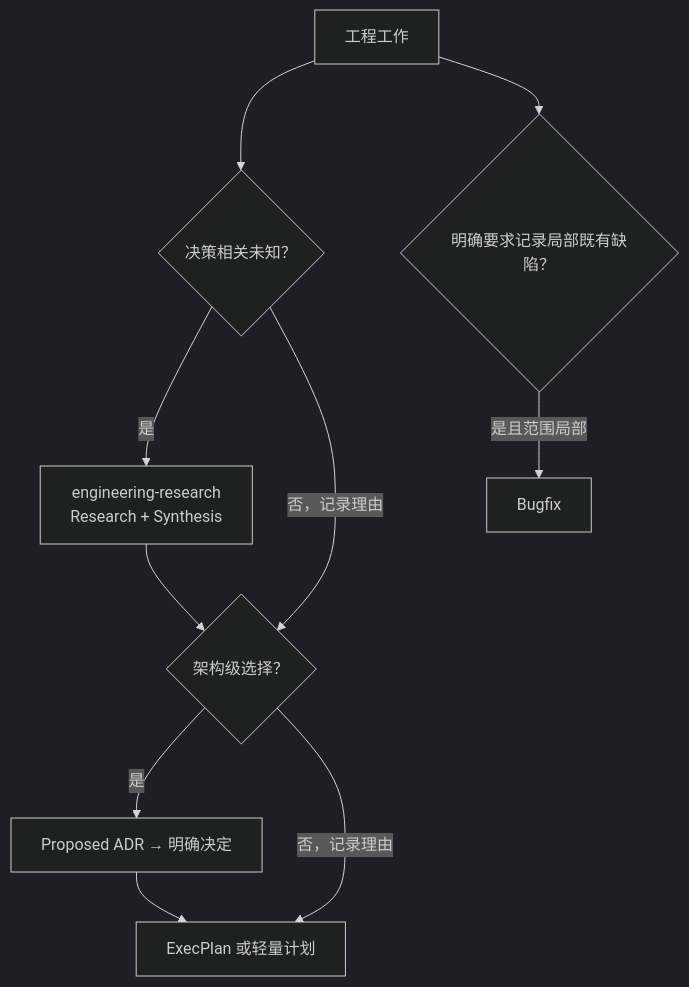
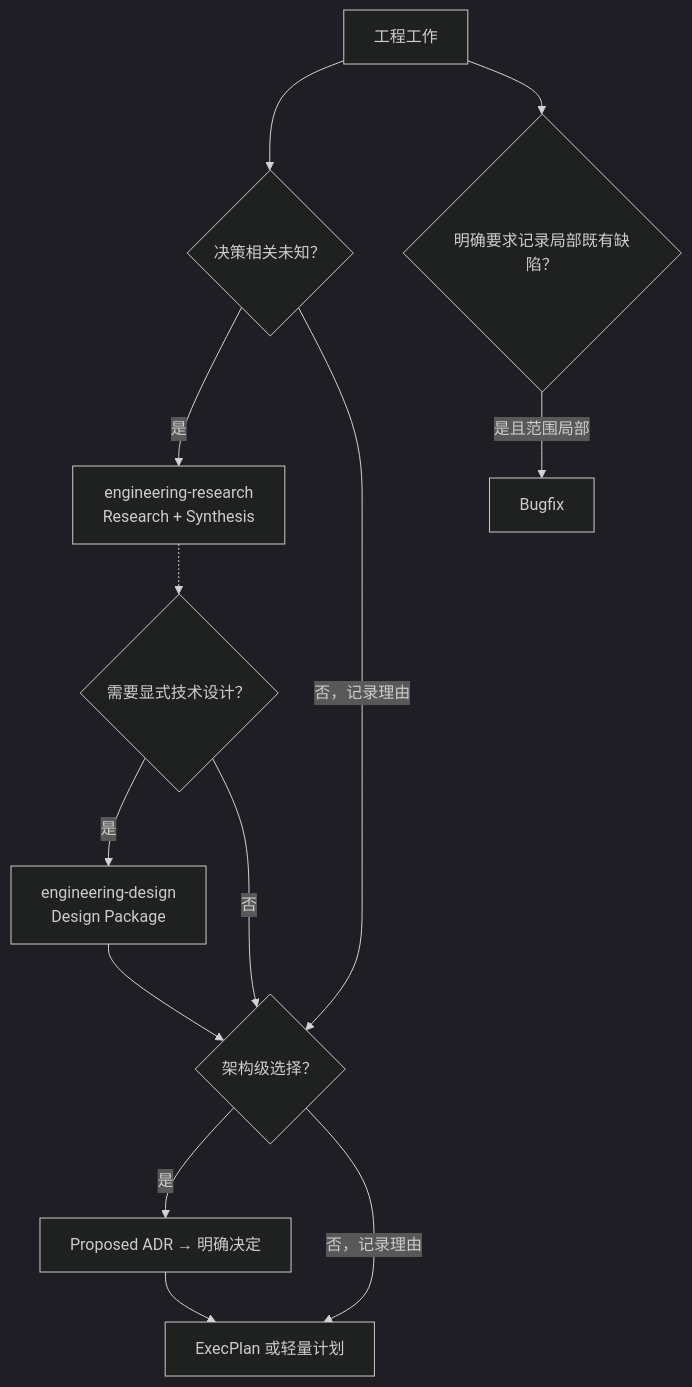
The first of 6 diagrams in engineering-execution-plan/references/templates.md (XiaoWeiKIN/RepoFoundryAI), drawn with Mermaid (dark theme) before and after one commit. The commit also changed other lines of this file and 52 other files, not shown here.

````diff
--- a/engineering-execution-plan/references/templates.md
+++ b/engineering-execution-plan/references/templates.md
@@ -20,12 +21,15 @@
 ```mermaid
 flowchart TD
     W["工程工作"] --> U{"决策相关未知？"}
     U -->|"是"| R["engineering-research<br/>Research + Synthesis"]
     U -->|"否，记录理由"| A
-    R --> A{"架构级选择？"}
+    R -.-> D{"需要显式技术设计？"}
+    D -->|"是"| DD["engineering-design<br/>Design Package"]
+    DD --> A
+    D -->|"否"| A{"架构级选择？"}
     A -->|"是"| ADR["Proposed ADR → 明确决定"]
     A -->|"否，记录理由"| E["ExecPlan 或轻量计划"]
     ADR --> E
     W --> B{"明确要求记录局部既有缺陷？"}
     B -->|"是且范围局部"| BF["Bugfix"]
 ```
````
